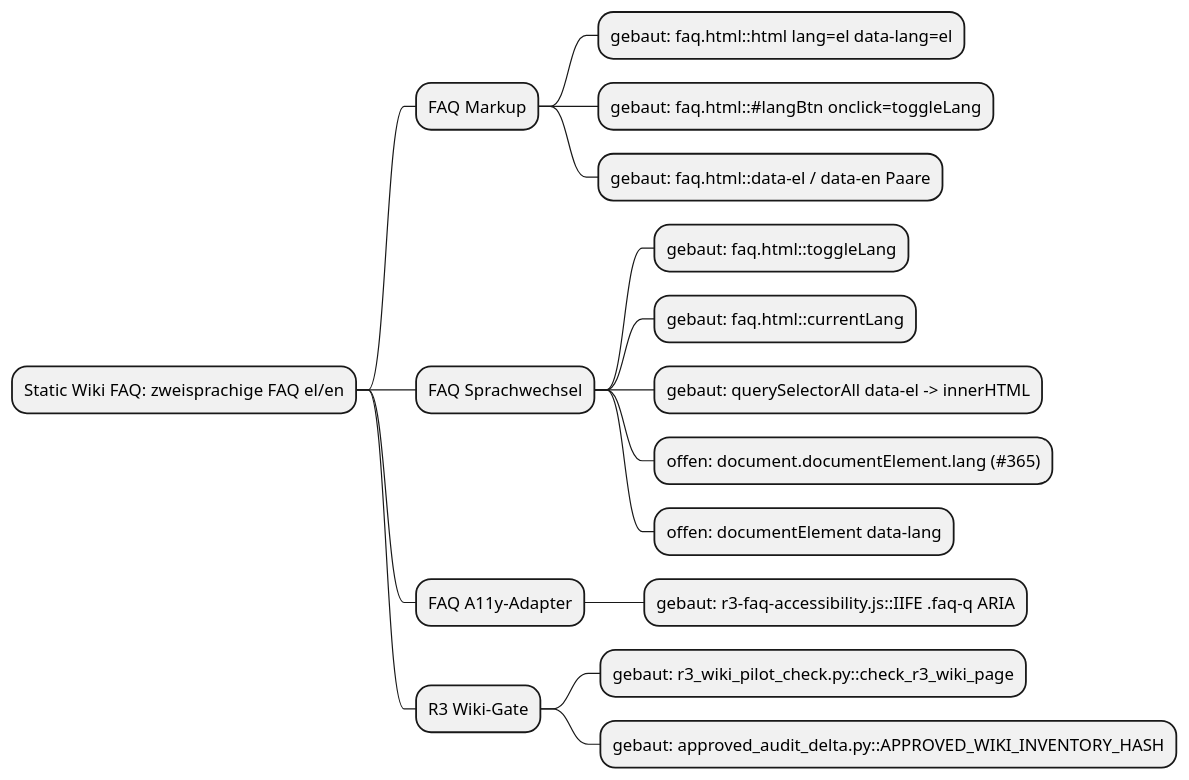
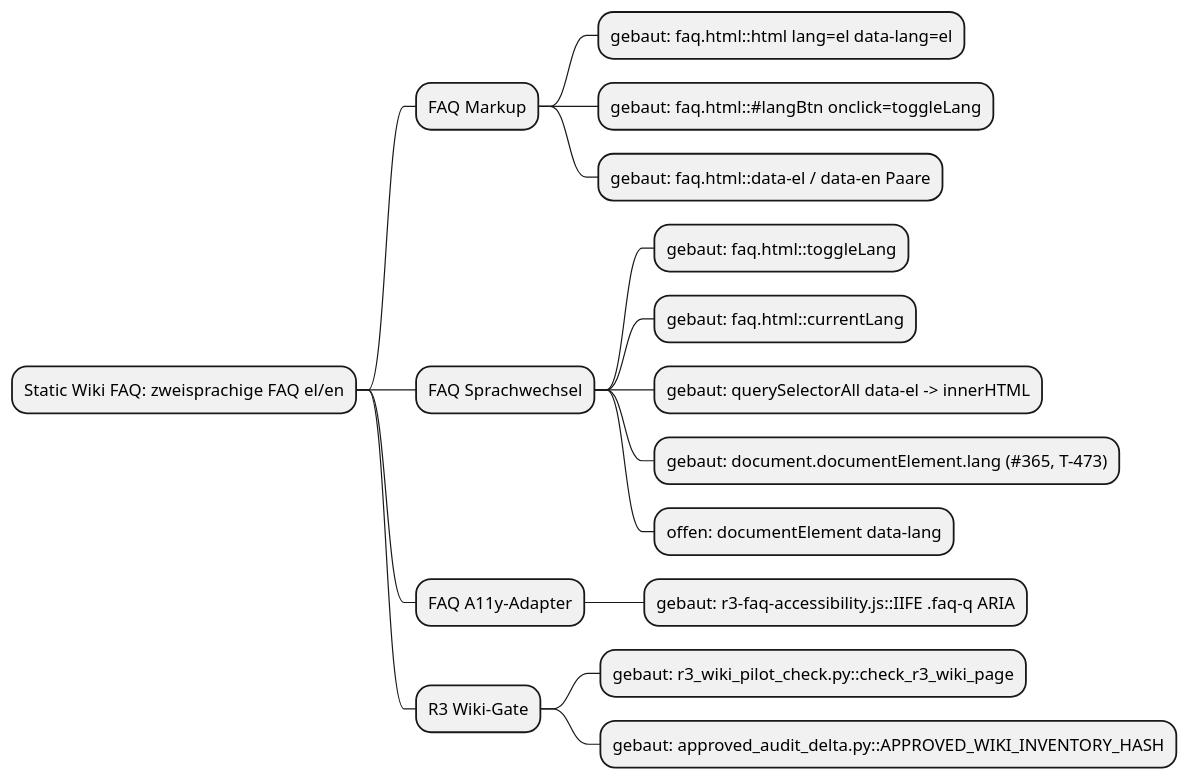
Diagram 17 of 20 in docs/architecture/map.puml (NeaBouli/pnyx), drawn with PlantUML before and after one commit. The commit also changed other lines of this file and 14 other files, not shown here.

```diff
--- a/docs/architecture/map.puml
+++ b/docs/architecture/map.puml
@@ -383,18 +383,18 @@
 @startmindmap faq-lang-mindmap
 * Static Wiki FAQ: zweisprachige FAQ el/en
 ** FAQ Markup
 *** gebaut: faq.html::html lang=el data-lang=el
 *** gebaut: faq.html::#langBtn onclick=toggleLang
 *** gebaut: faq.html::data-el / data-en Paare
 ** FAQ Sprachwechsel
 *** gebaut: faq.html::toggleLang
 *** gebaut: faq.html::currentLang
 *** gebaut: querySelectorAll data-el -> innerHTML
-*** offen: document.documentElement.lang (#365)
+*** gebaut: document.documentElement.lang (#365, T-473)
 *** offen: documentElement data-lang
 ** FAQ A11y-Adapter
 *** gebaut: r3-faq-accessibility.js::IIFE .faq-q ARIA
 ** R3 Wiki-Gate
 *** gebaut: r3_wiki_pilot_check.py::check_r3_wiki_page
 *** gebaut: approved_audit_delta.py::APPROVED_WIKI_INVENTORY_HASH
 @endmindmap
```
